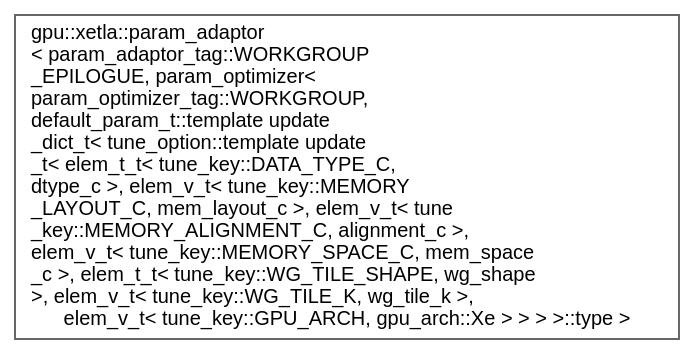
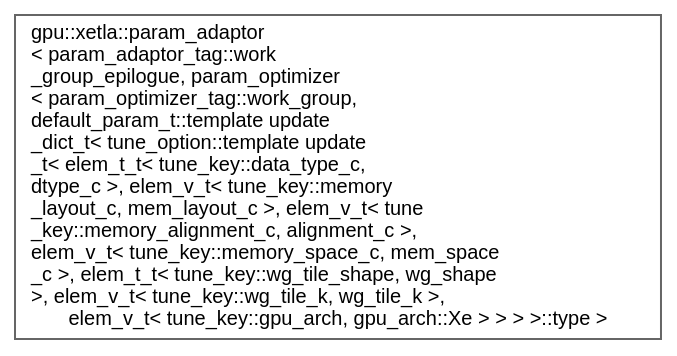
One commit to intel/xetla changed the diagram in docs/inherit_graph_255.dot. Above: the diagram before and after it, drawn with Graphviz. The commit also changed 313 other files, not shown here.

```diff
--- a/docs/inherit_graph_255.dot
+++ b/docs/inherit_graph_255.dot
@@ -1,9 +1,9 @@
 digraph "Graphical Class Hierarchy"
 {
  // LATEX_PDF_SIZE
   bgcolor="transparent";
   edge [fontname=Helvetica,fontsize=10,labelfontname=Helvetica,labelfontsize=10];
   node [fontname=Helvetica,fontsize=10,shape=box,height=0.2,width=0.4];
   rankdir="LR";
-  Node0 [id="Node000000",label="gpu::xetla::param_adaptor\l\< param_adaptor_tag::WORKGROUP\l_EPILOGUE, param_optimizer\<\l param_optimizer_tag::WORKGROUP,\l default_param_t::template update\l_dict_t\< tune_option::template update\l_t\< elem_t_t\< tune_key::DATA_TYPE_C,\l dtype_c \>, elem_v_t\< tune_key::MEMORY\l_LAYOUT_C, mem_layout_c \>, elem_v_t\< tune\l_key::MEMORY_ALIGNMENT_C, alignment_c \>,\l elem_v_t\< tune_key::MEMORY_SPACE_C, mem_space\l_c \>, elem_t_t\< tune_key::WG_TILE_SHAPE, wg_shape\l \>, elem_v_t\< tune_key::WG_TILE_K, wg_tile_k \>,\l elem_v_t\< tune_key::GPU_ARCH, gpu_arch::Xe \> \> \> \>::type \>",height=0.2,width=0.4,color="grey40", fillcolor="white", style="filled",URL="$structgpu_1_1xetla_1_1param__adaptor.html",tooltip=" "];
+  Node0 [id="Node000000",label="gpu::xetla::param_adaptor\l\< param_adaptor_tag::work\l_group_epilogue, param_optimizer\l\< param_optimizer_tag::work_group,\l default_param_t::template update\l_dict_t\< tune_option::template update\l_t\< elem_t_t\< tune_key::data_type_c,\l dtype_c \>, elem_v_t\< tune_key::memory\l_layout_c, mem_layout_c \>, elem_v_t\< tune\l_key::memory_alignment_c, alignment_c \>,\l elem_v_t\< tune_key::memory_space_c, mem_space\l_c \>, elem_t_t\< tune_key::wg_tile_shape, wg_shape\l \>, elem_v_t\< tune_key::wg_tile_k, wg_tile_k \>,\l elem_v_t\< tune_key::gpu_arch, gpu_arch::Xe \> \> \> \>::type \>",height=0.2,width=0.4,color="grey40", fillcolor="white", style="filled",URL="$structgpu_1_1xetla_1_1param__adaptor.html",tooltip=" "];
 }
```
